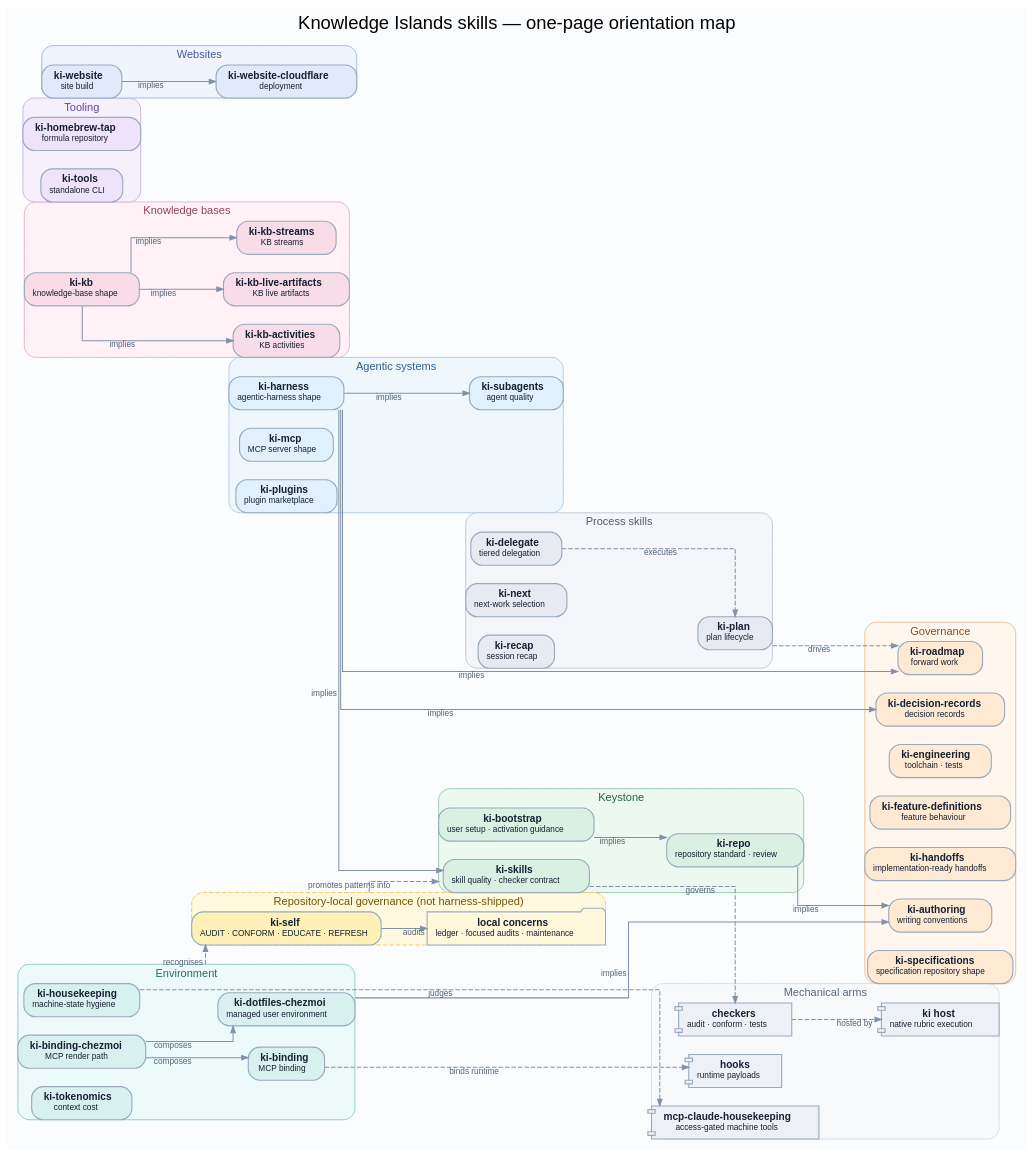
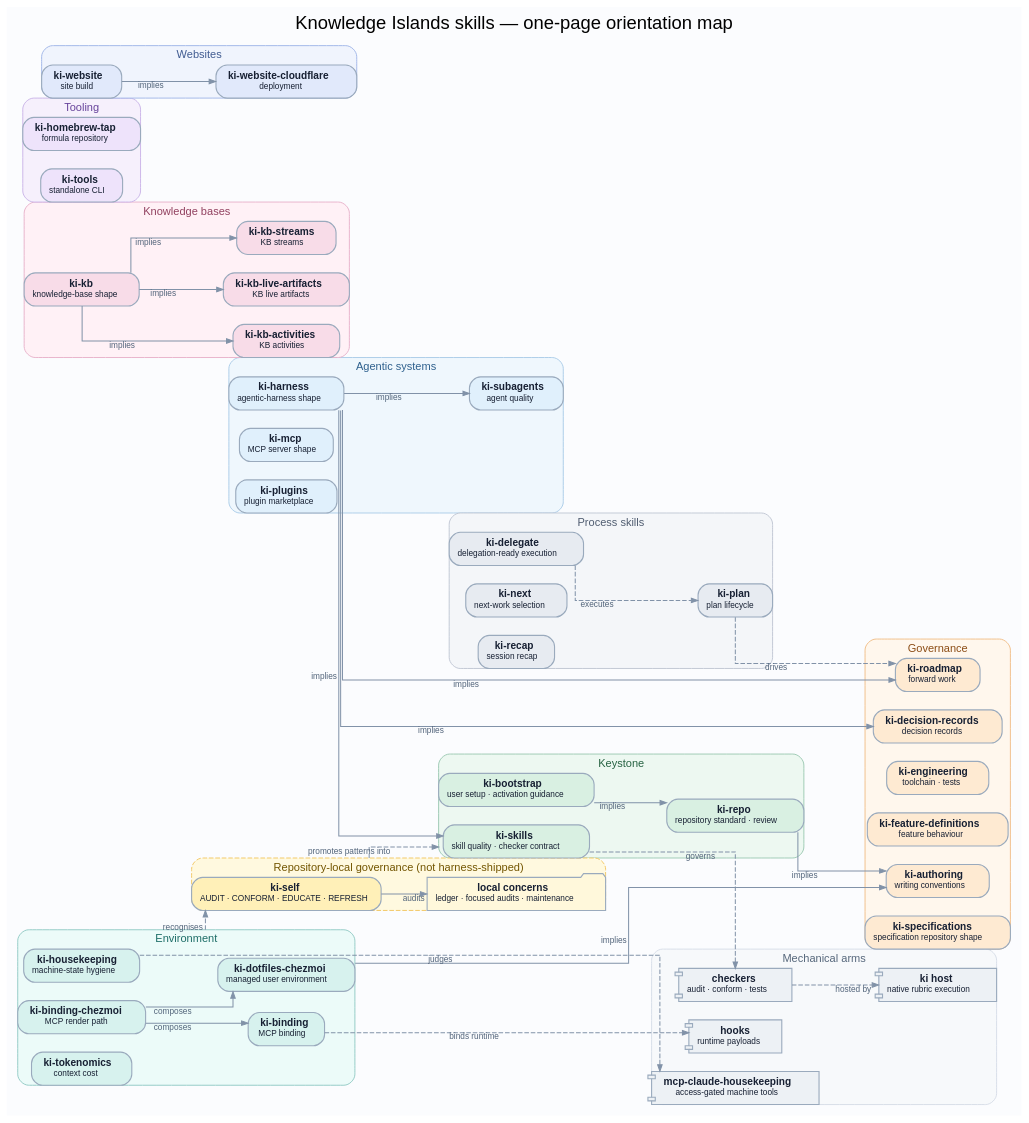
One commit to knowledgeislands/arcadia-skills changed the diagram in docs/diagrams/skills-map.dot. Above: the diagram before and after it, drawn with Graphviz. The commit also changed 27 other files, not shown here.

```diff
--- a/docs/diagrams/skills-map.dot
+++ b/docs/diagrams/skills-map.dot
@@ -1,188 +1,187 @@
 // Canonical source for the harness skills map. DOT is authoritative; regenerate
 // skills-map.svg with: dot -Tsvg skills-map.dot -o skills-map.svg
 digraph skills_map {
   graph [
     bgcolor="#fbfcfe"
     color="#d9e1ea"
     compound=true
     fontname="Helvetica"
     fontsize=20
     label="Knowledge Islands skills — one-page orientation map"
     labelloc=t
     margin=0.25
     nodesep=0.28
     rankdir=LR
     ranksep=0.7
     splines=ortho
   ]
 
   node [
     color="#9aaabd"
     fontcolor="#172033"
     fontname="Helvetica"
     fontsize=11
     margin="0.13,0.08"
     penwidth=1.2
     shape=box
     style="rounded,filled"
   ]
 
   edge [
     arrowsize=0.7
     color="#8192a8"
     fontcolor="#52647a"
     fontname="Helvetica"
     fontsize=9
     penwidth=1.1
   ]
 
   subgraph cluster_agentic_systems {
     color="#a9cbe8"
     fontcolor="#2e608d"
     fontsize=12
     label="Agentic systems"
     style="rounded,filled"
     fillcolor="#eff7fd"
     harness [fillcolor="#e0f0fc", label=< <b>ki-harness</b><br/><font point-size="9">agentic-harness shape</font> >]
     mcp [fillcolor="#e0f0fc", label=< <b>ki-mcp</b><br/><font point-size="9">MCP server shape</font> >]
     plugins [fillcolor="#e0f0fc", label=< <b>ki-plugins</b><br/><font point-size="9">plugin marketplace</font> >]
     agents [fillcolor="#e0f0fc", label=< <b>ki-subagents</b><br/><font point-size="9">agent quality</font> >]
   }
 
   subgraph cluster_environment {
     color="#8fc9c4"
     fontcolor="#1d6d67"
     fontsize=12
     label="Environment"
     style="rounded,filled"
     fillcolor="#ecfbf9"
     binding [fillcolor="#d7f2ee", label=< <b>ki-binding</b><br/><font point-size="9">MCP binding</font> >]
     binding_chezmoi [fillcolor="#d7f2ee", label=< <b>ki-binding-chezmoi</b><br/><font point-size="9">MCP render path</font> >]
     dotfiles [fillcolor="#d7f2ee", label=< <b>ki-dotfiles-chezmoi</b><br/><font point-size="9">managed user environment</font> >]
     housekeeping [fillcolor="#d7f2ee", label=< <b>ki-housekeeping</b><br/><font point-size="9">machine-state hygiene</font> >]
     tokenomics [fillcolor="#d7f2ee", label=< <b>ki-tokenomics</b><br/><font point-size="9">context cost</font> >]
   }
 
   subgraph cluster_governance {
     color="#f0bd86"
     fontcolor="#8c4d16"
     fontsize=12
     label="Governance"
     style="rounded,filled"
     fillcolor="#fff7ed"
     authoring [fillcolor="#feead2", label=< <b>ki-authoring</b><br/><font point-size="9">writing conventions</font> >, tooltip="Markdown and TOML authoring conventions"]
     decisions [fillcolor="#feead2", label=< <b>ki-decision-records</b><br/><font point-size="9">decision records</font> >]
     engineering [fillcolor="#feead2", label=< <b>ki-engineering</b><br/><font point-size="9">toolchain · tests</font> >, tooltip="Engineering toolchain and tests"]
     features [fillcolor="#feead2", label=< <b>ki-feature-definitions</b><br/><font point-size="9">feature behaviour</font> >]
-    handoffs [fillcolor="#feead2", label=< <b>ki-handoffs</b><br/><font point-size="9">implementation-ready handoffs</font> >]
     roadmap [fillcolor="#feead2", label=< <b>ki-roadmap</b><br/><font point-size="9">forward work</font> >]
     specifications [fillcolor="#feead2", label=< <b>ki-specifications</b><br/><font point-size="9">specification repository shape</font> >]
   }
 
   subgraph cluster_keystone {
     color="#9ac8b1"
     fontcolor="#266242"
     fontsize=12
     label="Keystone"
     style="rounded,filled"
     fillcolor="#edf8f1"
     bootstrap [fillcolor="#d9f0e2", label=< <b>ki-bootstrap</b><br/><font point-size="9">user setup · activation guidance</font> >, tooltip="Guidance for CLI bootstrap, harnesses, and skill activation"]
     repo [fillcolor="#d9f0e2", label=< <b>ki-repo</b><br/><font point-size="9">repository standard · review</font> >, tooltip="Repository structure, settings, .ki-config.toml, and human-led review"]
     skills [fillcolor="#d9f0e2", label=< <b>ki-skills</b><br/><font point-size="9">skill quality · checker contract</font> >]
   }
 
   subgraph cluster_knowledge_bases {
     color="#e7b0c9"
     fontcolor="#91405f"
     fontsize=12
     label="Knowledge bases"
     style="rounded,filled"
     fillcolor="#fff1f6"
     kb [fillcolor="#f8dce8", label=< <b>ki-kb</b><br/><font point-size="9">knowledge-base shape</font> >]
     kb_activities [fillcolor="#f8dce8", label=< <b>ki-kb-activities</b><br/><font point-size="9">KB activities</font> >]
     kb_artifacts [fillcolor="#f8dce8", label=< <b>ki-kb-live-artifacts</b><br/><font point-size="9">KB live artifacts</font> >]
     kb_streams [fillcolor="#f8dce8", label=< <b>ki-kb-streams</b><br/><font point-size="9">KB streams</font> >]
   }
 
   subgraph cluster_process {
     color="#bfc6d3"
     fontcolor="#4f5c70"
     fontsize=12
     label="Process skills"
     style="rounded,filled"
     fillcolor="#f4f6f9"
-    delegate [fillcolor="#e7ebf1", label=< <b>ki-delegate</b><br/><font point-size="9">tiered delegation</font> >]
+    delegate [fillcolor="#e7ebf1", label=< <b>ki-delegate</b><br/><font point-size="9">delegation-ready execution</font> >]
     next [fillcolor="#e7ebf1", label=< <b>ki-next</b><br/><font point-size="9">next-work selection</font> >]
     plan [fillcolor="#e7ebf1", label=< <b>ki-plan</b><br/><font point-size="9">plan lifecycle</font> >]
     recap [fillcolor="#e7ebf1", label=< <b>ki-recap</b><br/><font point-size="9">session recap</font> >]
   }
 
   subgraph cluster_tooling {
     color="#c9b3e8"
     fontcolor="#67439b"
     fontsize=12
     label="Tooling"
     style="rounded,filled"
     fillcolor="#f6f0fc"
     tap [fillcolor="#eee3fb", label=< <b>ki-homebrew-tap</b><br/><font point-size="9">formula repository</font> >]
     tools [fillcolor="#eee3fb", label=< <b>ki-tools</b><br/><font point-size="9">standalone CLI</font> >]
   }
 
   subgraph cluster_websites {
     color="#9fb4e8"
     fontcolor="#405b91"
     fontsize=12
     label="Websites"
     style="rounded,filled"
     fillcolor="#f0f4fd"
     website [fillcolor="#e1e9fb", label=< <b>ki-website</b><br/><font point-size="9">site build</font> >]
     cloudflare [fillcolor="#e1e9fb", label=< <b>ki-website-cloudflare</b><br/><font point-size="9">deployment</font> >]
   }
 
   subgraph cluster_local {
     color="#f1c65f"
     fontcolor="#735500"
     fontsize=12
     label="Repository-local governance (not harness-shipped)"
     style="rounded,filled,dashed"
     fillcolor="#fff9df"
     self [fillcolor="#fff0b8", label=< <b>ki-self</b><br/><font point-size="9">AUDIT · CONFORM · EDUCATE · REFRESH</font> >, tooltip="Local concerns; audit is the repository-local housekeeping audit"]
     concerns [fillcolor="#fff8db", label=< <b>local concerns</b><br/><font point-size="9">ledger · focused audits · maintenance</font> >, shape=folder, tooltip="Repository-specific checks and semi-regular human review"]
   }
 
   subgraph cluster_arms {
     color="#d6dde7"
     fontcolor="#56677b"
     fontsize=12
     label="Mechanical arms"
     style="rounded,filled"
     fillcolor="#f7f9fb"
     checkers [fillcolor="#edf1f5", label=< <b>checkers</b><br/><font point-size="9">audit · conform · tests</font> >, shape=component]
     native_host [fillcolor="#edf1f5", label=< <b>ki host</b><br/><font point-size="9">native rubric execution</font> >, shape=component]
     mcp_housekeeping [fillcolor="#edf1f5", label=< <b>mcp-claude-housekeeping</b><br/><font point-size="9">access-gated machine tools</font> >, shape=component]
     hooks [fillcolor="#edf1f5", label=< <b>hooks</b><br/><font point-size="9">runtime payloads</font> >, shape=component]
   }
 
   bootstrap -> repo [xlabel="implies"]
   repo -> authoring [xlabel="implies"]
   harness -> skills [xlabel="implies"]
   harness -> agents [xlabel="implies"]
   harness -> decisions [xlabel="implies"]
   harness -> roadmap [xlabel="implies"]
   kb -> kb_activities [xlabel="implies"]
   kb -> kb_artifacts [xlabel="implies"]
   kb -> kb_streams [xlabel="implies"]
   website -> cloudflare [xlabel="implies"]
   dotfiles -> authoring [xlabel="implies"]
   binding_chezmoi -> binding [xlabel="composes"]
   binding_chezmoi -> dotfiles [xlabel="composes"]
   plan -> roadmap [xlabel="drives", style=dashed]
   delegate -> plan [xlabel="executes", style=dashed]
   housekeeping -> mcp_housekeeping [xlabel="judges", style=dashed]
   housekeeping -> self [xlabel="recognises", style=dashed, ltail=cluster_environment, lhead=cluster_local]
   self -> concerns [xlabel="audits"]
   self -> skills [xlabel="promotes patterns into", style=dashed, ltail=cluster_local, lhead=cluster_keystone]
   skills -> checkers [xlabel="governs", style=dashed]
   checkers -> native_host [xlabel="hosted by", style=dashed]
   binding -> hooks [xlabel="binds runtime", style=dashed]
 }
```
